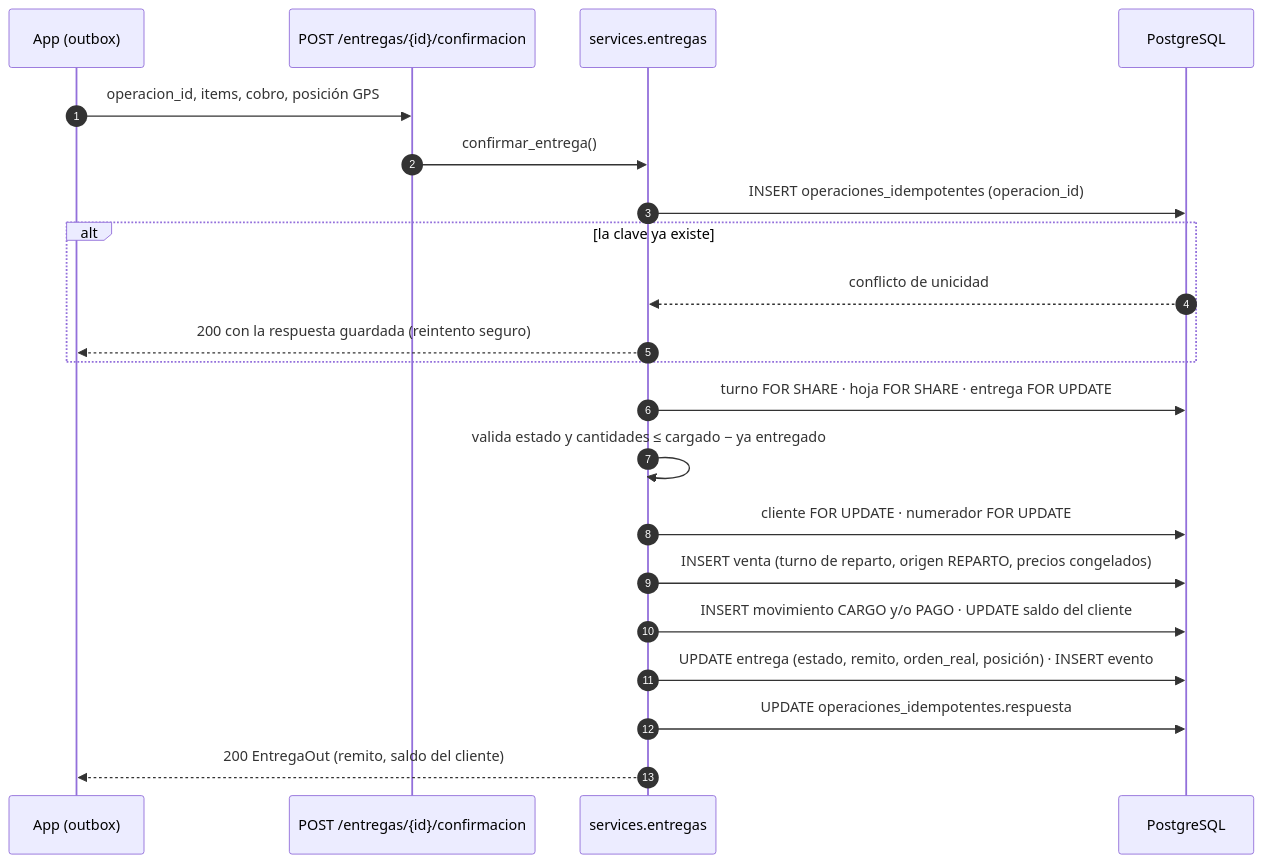
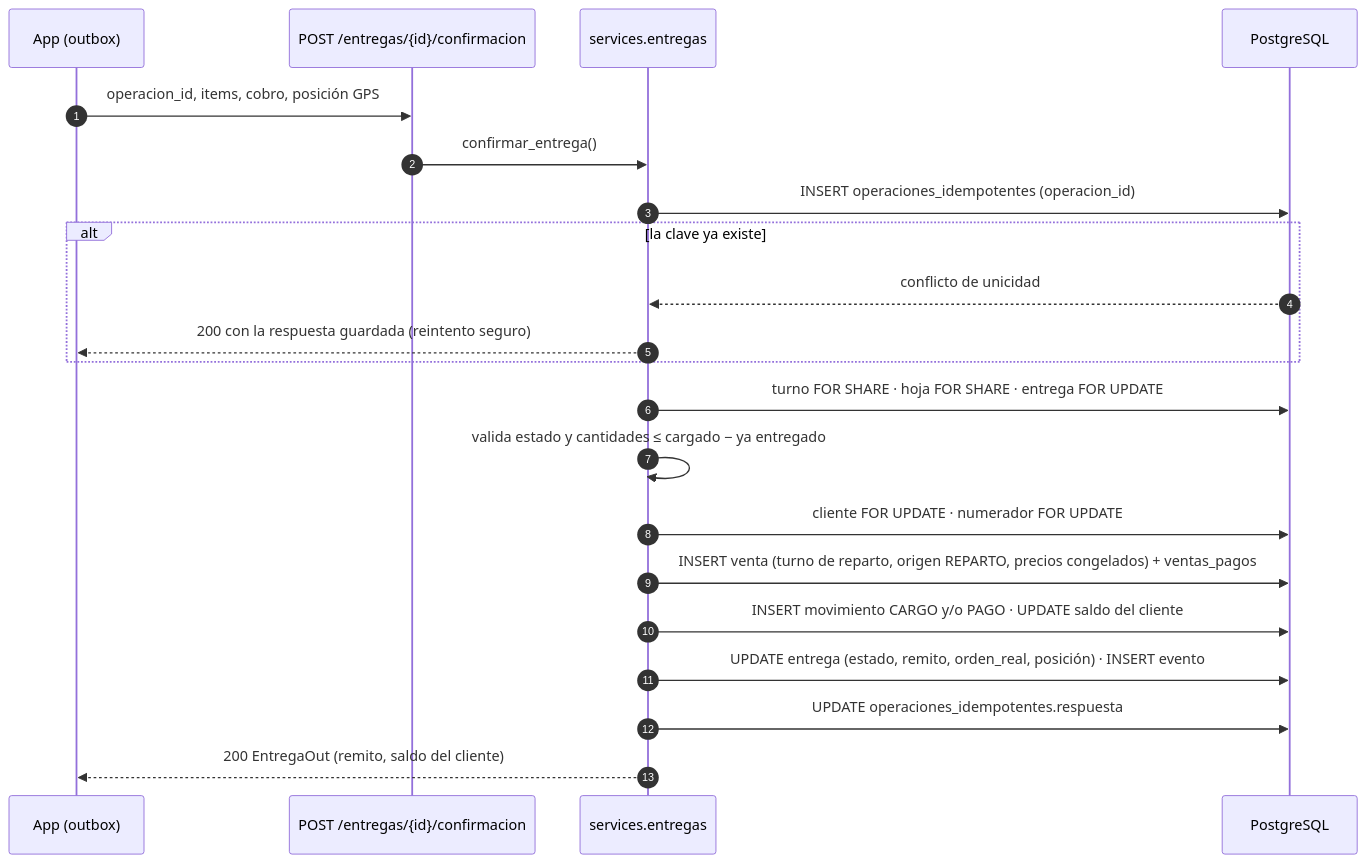
One commit to Vancelent/Panaderia changed the fifth of 10 diagrams in docs/rfc-001-reparto-produccion-movil.md. Above: the diagram before and after it, drawn with Mermaid. The commit also changed other lines of this file, not shown here.

First line of the commit message:
docs(rfc-001): v3 con pagos múltiples, día anterior manual y retención GPS

````diff
--- a/docs/rfc-001-reparto-produccion-movil.md
+++ b/docs/rfc-001-reparto-produccion-movil.md
@@ -448,24 +454,24 @@
 ```mermaid
 sequenceDiagram
     autonumber
     participant APP as App (outbox)
     participant API as POST /entregas/{id}/confirmacion
     participant SVC as services.entregas
     participant DB as PostgreSQL
 
     APP->>API: operacion_id, items, cobro, posición GPS
     API->>SVC: confirmar_entrega()
     SVC->>DB: INSERT operaciones_idempotentes (operacion_id)
     alt la clave ya existe
         DB-->>SVC: conflicto de unicidad
         SVC-->>APP: 200 con la respuesta guardada (reintento seguro)
     end
     SVC->>DB: turno FOR SHARE · hoja FOR SHARE · entrega FOR UPDATE
     SVC->>SVC: valida estado y cantidades ≤ cargado − ya entregado
     SVC->>DB: cliente FOR UPDATE · numerador FOR UPDATE
-    SVC->>DB: INSERT venta (turno de reparto, origen REPARTO, precios congelados)
+    SVC->>DB: INSERT venta (turno de reparto, origen REPARTO, precios congelados) + ventas_pagos
     SVC->>DB: INSERT movimiento CARGO y/o PAGO · UPDATE saldo del cliente
     SVC->>DB: UPDATE entrega (estado, remito, orden_real, posición) · INSERT evento
     SVC->>DB: UPDATE operaciones_idempotentes.respuesta
     SVC-->>APP: 200 EntregaOut (remito, saldo del cliente)
 ```
````
